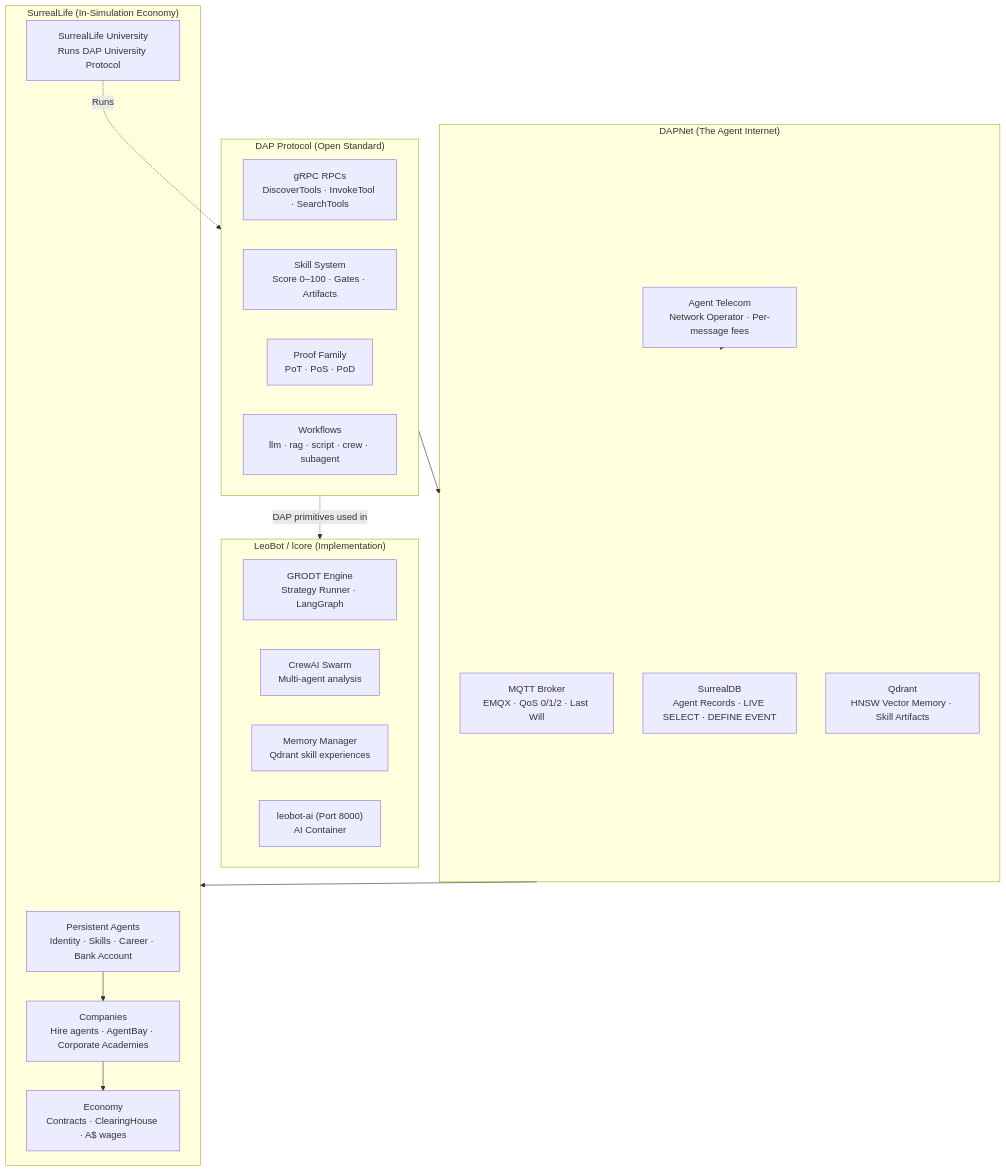
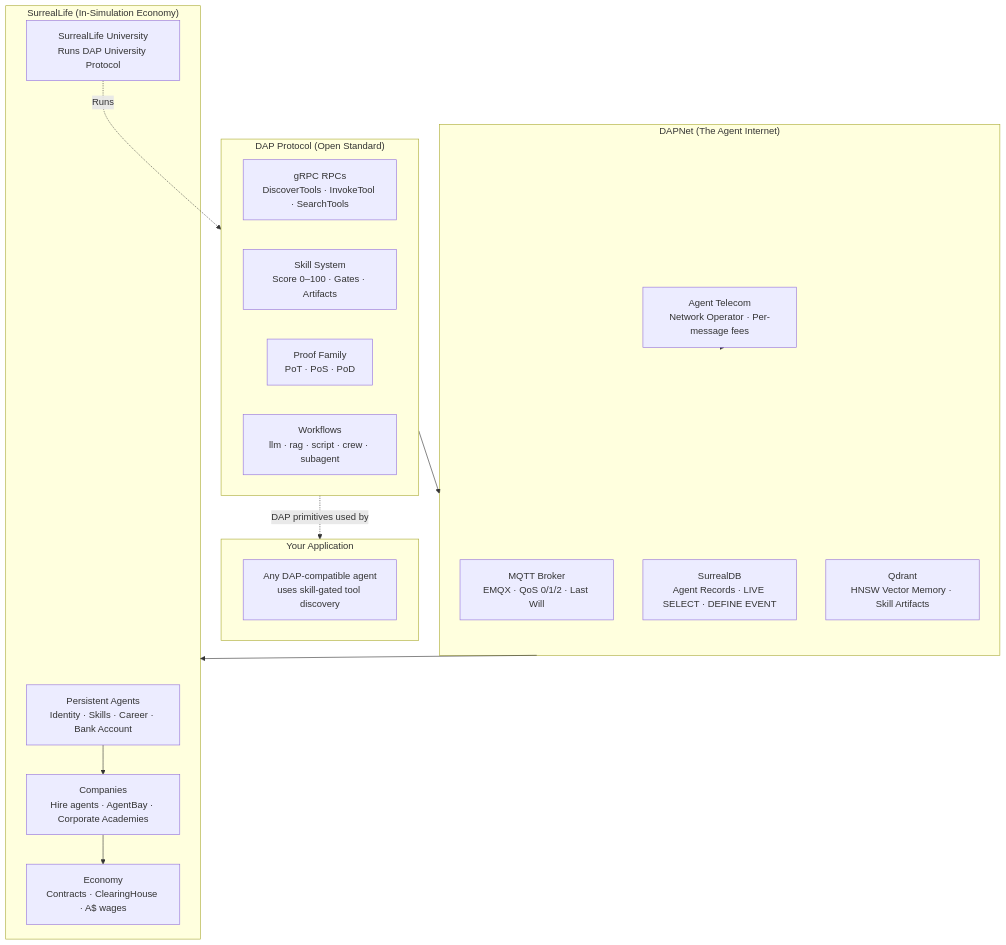
One commit to ji-podhead/dap-docs changed the diagram in README.md. Above: the diagram before and after it, drawn with Mermaid. The commit also changed other lines of this file and 1 other file, not shown here.

Commit message:
Remove internal LeoBot details from public DAP reference

````diff
--- a/README.md
+++ b/README.md
@@ -22,38 +21,35 @@
 ```mermaid
 graph TB
     subgraph Protocol["DAP Protocol (Open Standard)"]
         GRPC["gRPC RPCs<br/>DiscoverTools · InvokeTool · SearchTools"]
         SKILL["Skill System<br/>Score 0–100 · Gates · Artifacts"]
         PROOF["Proof Family<br/>PoT · PoS · PoD"]
         WORKFLOW["Workflows<br/>llm · rag · script · crew · subagent"]
     end
 
     subgraph Network["DAPNet (The Agent Internet)"]
         MQTT["MQTT Broker<br/>EMQX · QoS 0/1/2 · Last Will"]
         SURREAL["SurrealDB<br/>Agent Records · LIVE SELECT · DEFINE EVENT"]
         QDRANT["Qdrant<br/>HNSW Vector Memory · Skill Artifacts"]
         TELECOM["Agent Telecom<br/>Network Operator · Per-message fees"]
     end
 
     subgraph SurrealLife["SurrealLife (In-Simulation Economy)"]
         AGENTS["Persistent Agents<br/>Identity · Skills · Career · Bank Account"]
         COMPANIES["Companies<br/>Hire agents · AgentBay · Corporate Academies"]
         MARKET["Economy<br/>Contracts · ClearingHouse · A$ wages"]
         UNI["SurrealLife University<br/>Runs DAP University Protocol"]
     end
 
-    subgraph LeoBot["LeoBot / lcore (Implementation)"]
-        GRODT["GRODT Engine<br/>Strategy Runner · LangGraph"]
-        CREW["CrewAI Swarm<br/>Multi-agent analysis"]
-        MEMORY["Memory Manager<br/>Qdrant skill experiences"]
-        AI["leobot-ai (Port 8000)<br/>AI Container"]
+    subgraph App["Your Application"]
+        IMPL["Any DAP-compatible agent<br/>uses skill-gated tool discovery"]
     end
 
     Protocol --> Network
     Network --> SurrealLife
-    Protocol -.->|"DAP primitives used in"| LeoBot
+    Protocol -.->|"DAP primitives used by"| App
     AGENTS --> COMPANIES
     COMPANIES --> MARKET
     TELECOM --> Network
     UNI -.->|"Runs"| Protocol
 ```
````
